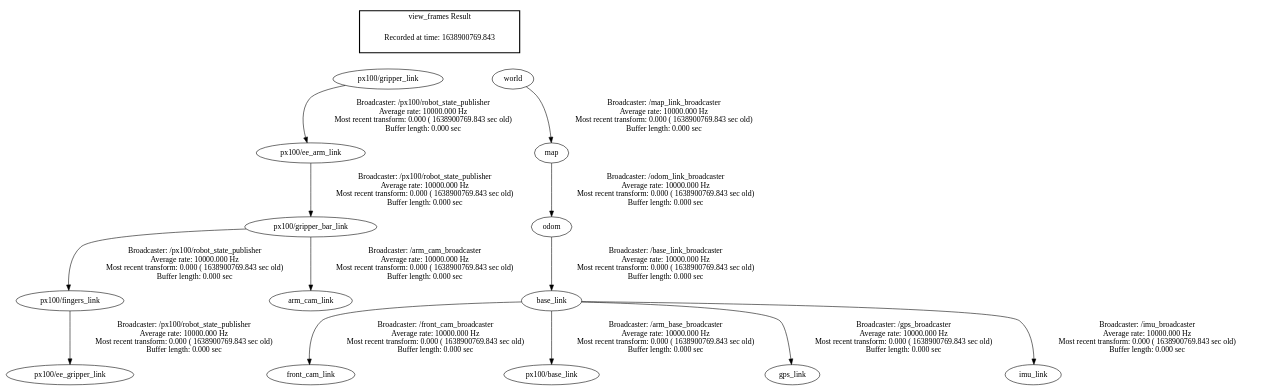
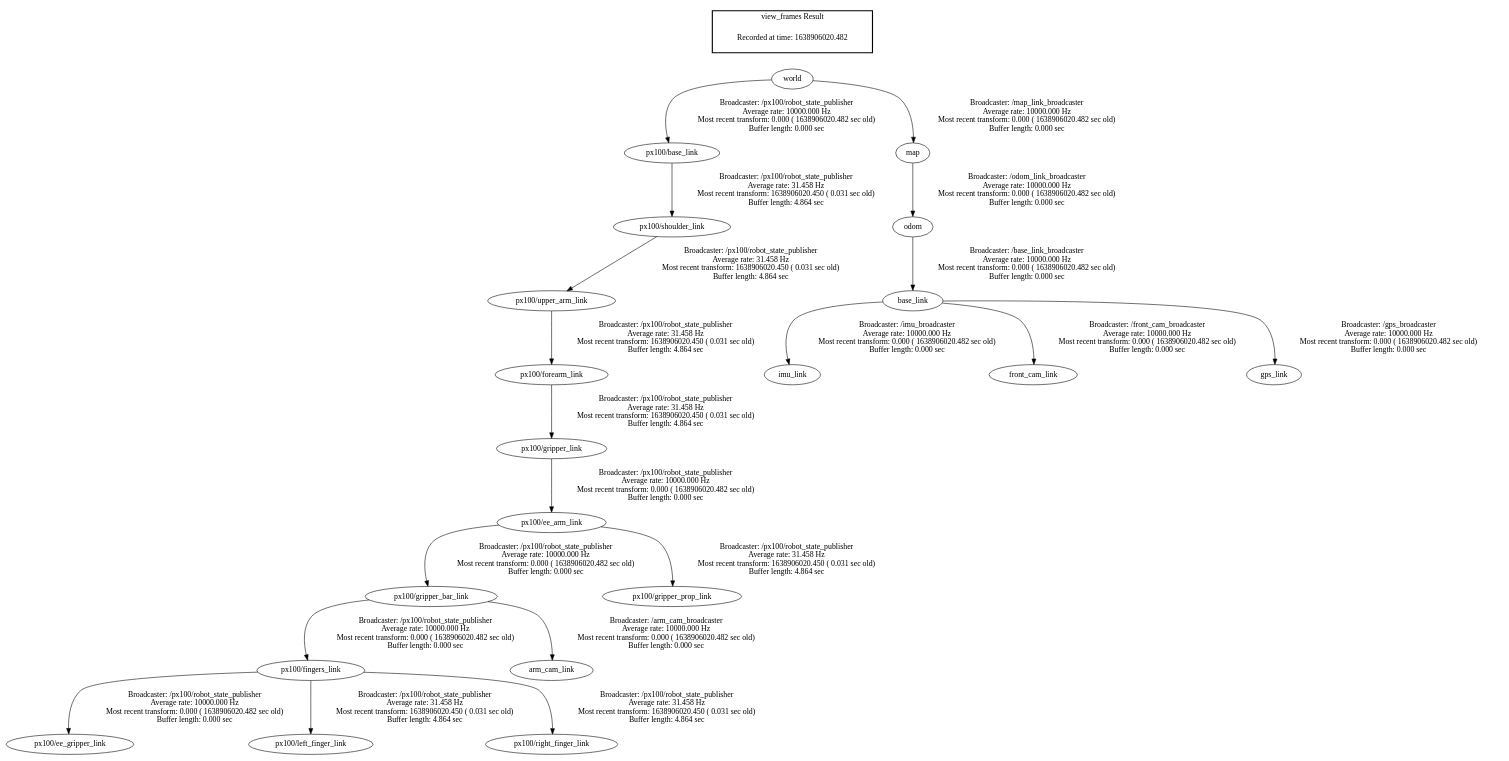
Before and after one commit to REC4N/ros_robot: the diagram in frames.gv, drawn with Graphviz. The commit also changed 43 other files, not shown here.

```diff
--- a/frames.gv
+++ b/frames.gv
@@ -1,22 +1,25 @@
 digraph G {
-"base_link" -> "front_cam_link"[label="Broadcaster: /front_cam_broadcaster\nAverage rate: 10000.000 Hz\nMost recent transform: 0.000 ( 1638900769.843 sec old)\nBuffer length: 0.000 sec\n"];
-"odom" -> "base_link"[label="Broadcaster: /base_link_broadcaster\nAverage rate: 10000.000 Hz\nMost recent transform: 0.000 ( 1638900769.843 sec old)\nBuffer length: 0.000 sec\n"];
-"px100/gripper_link" -> "px100/ee_arm_link"[label="Broadcaster: /px100/robot_state_publisher\nAverage rate: 10000.000 Hz\nMost recent transform: 0.000 ( 1638900769.843 sec old)\nBuffer length: 0.000 sec\n"];
-"px100/gripper_bar_link" -> "px100/fingers_link"[label="Broadcaster: /px100/robot_state_publisher\nAverage rate: 10000.000 Hz\nMost recent transform: 0.000 ( 1638900769.843 sec old)\nBuffer length: 0.000 sec\n"];
-"px100/ee_arm_link" -> "px100/gripper_bar_link"[label="Broadcaster: /px100/robot_state_publisher\nAverage rate: 10000.000 Hz\nMost recent transform: 0.000 ( 1638900769.843 sec old)\nBuffer length: 0.000 sec\n"];
-"px100/fingers_link" -> "px100/ee_gripper_link"[label="Broadcaster: /px100/robot_state_publisher\nAverage rate: 10000.000 Hz\nMost recent transform: 0.000 ( 1638900769.843 sec old)\nBuffer length: 0.000 sec\n"];
-"base_link" -> "px100/base_link"[label="Broadcaster: /arm_base_broadcaster\nAverage rate: 10000.000 Hz\nMost recent transform: 0.000 ( 1638900769.843 sec old)\nBuffer length: 0.000 sec\n"];
-"base_link" -> "gps_link"[label="Broadcaster: /gps_broadcaster\nAverage rate: 10000.000 Hz\nMost recent transform: 0.000 ( 1638900769.843 sec old)\nBuffer length: 0.000 sec\n"];
-"base_link" -> "imu_link"[label="Broadcaster: /imu_broadcaster\nAverage rate: 10000.000 Hz\nMost recent transform: 0.000 ( 1638900769.843 sec old)\nBuffer length: 0.000 sec\n"];
-"px100/gripper_bar_link" -> "arm_cam_link"[label="Broadcaster: /arm_cam_broadcaster\nAverage rate: 10000.000 Hz\nMost recent transform: 0.000 ( 1638900769.843 sec old)\nBuffer length: 0.000 sec\n"];
-"map" -> "odom"[label="Broadcaster: /odom_link_broadcaster\nAverage rate: 10000.000 Hz\nMost recent transform: 0.000 ( 1638900769.843 sec old)\nBuffer length: 0.000 sec\n"];
-"world" -> "map"[label="Broadcaster: /map_link_broadcaster\nAverage rate: 10000.000 Hz\nMost recent transform: 0.000 ( 1638900769.843 sec old)\nBuffer length: 0.000 sec\n"];
+"world" -> "px100/base_link"[label="Broadcaster: /px100/robot_state_publisher\nAverage rate: 10000.000 Hz\nMost recent transform: 0.000 ( 1638906020.482 sec old)\nBuffer length: 0.000 sec\n"];
+"odom" -> "base_link"[label="Broadcaster: /base_link_broadcaster\nAverage rate: 10000.000 Hz\nMost recent transform: 0.000 ( 1638906020.482 sec old)\nBuffer length: 0.000 sec\n"];
+"base_link" -> "imu_link"[label="Broadcaster: /imu_broadcaster\nAverage rate: 10000.000 Hz\nMost recent transform: 0.000 ( 1638906020.482 sec old)\nBuffer length: 0.000 sec\n"];
+"base_link" -> "front_cam_link"[label="Broadcaster: /front_cam_broadcaster\nAverage rate: 10000.000 Hz\nMost recent transform: 0.000 ( 1638906020.482 sec old)\nBuffer length: 0.000 sec\n"];
+"px100/gripper_link" -> "px100/ee_arm_link"[label="Broadcaster: /px100/robot_state_publisher\nAverage rate: 10000.000 Hz\nMost recent transform: 0.000 ( 1638906020.482 sec old)\nBuffer length: 0.000 sec\n"];
+"px100/forearm_link" -> "px100/gripper_link"[label="Broadcaster: /px100/robot_state_publisher\nAverage rate: 31.458 Hz\nMost recent transform: 1638906020.450 ( 0.031 sec old)\nBuffer length: 4.864 sec\n"];
+"px100/gripper_bar_link" -> "px100/fingers_link"[label="Broadcaster: /px100/robot_state_publisher\nAverage rate: 10000.000 Hz\nMost recent transform: 0.000 ( 1638906020.482 sec old)\nBuffer length: 0.000 sec\n"];
+"px100/ee_arm_link" -> "px100/gripper_bar_link"[label="Broadcaster: /px100/robot_state_publisher\nAverage rate: 10000.000 Hz\nMost recent transform: 0.000 ( 1638906020.482 sec old)\nBuffer length: 0.000 sec\n"];
+"px100/fingers_link" -> "px100/ee_gripper_link"[label="Broadcaster: /px100/robot_state_publisher\nAverage rate: 10000.000 Hz\nMost recent transform: 0.000 ( 1638906020.482 sec old)\nBuffer length: 0.000 sec\n"];
+"px100/gripper_bar_link" -> "arm_cam_link"[label="Broadcaster: /arm_cam_broadcaster\nAverage rate: 10000.000 Hz\nMost recent transform: 0.000 ( 1638906020.482 sec old)\nBuffer length: 0.000 sec\n"];
+"base_link" -> "gps_link"[label="Broadcaster: /gps_broadcaster\nAverage rate: 10000.000 Hz\nMost recent transform: 0.000 ( 1638906020.482 sec old)\nBuffer length: 0.000 sec\n"];
+"world" -> "map"[label="Broadcaster: /map_link_broadcaster\nAverage rate: 10000.000 Hz\nMost recent transform: 0.000 ( 1638906020.482 sec old)\nBuffer length: 0.000 sec\n"];
+"map" -> "odom"[label="Broadcaster: /odom_link_broadcaster\nAverage rate: 10000.000 Hz\nMost recent transform: 0.000 ( 1638906020.482 sec old)\nBuffer length: 0.000 sec\n"];
+"px100/upper_arm_link" -> "px100/forearm_link"[label="Broadcaster: /px100/robot_state_publisher\nAverage rate: 31.458 Hz\nMost recent transform: 1638906020.450 ( 0.031 sec old)\nBuffer length: 4.864 sec\n"];
+"px100/shoulder_link" -> "px100/upper_arm_link"[label="Broadcaster: /px100/robot_state_publisher\nAverage rate: 31.458 Hz\nMost recent transform: 1638906020.450 ( 0.031 sec old)\nBuffer length: 4.864 sec\n"];
+"px100/ee_arm_link" -> "px100/gripper_prop_link"[label="Broadcaster: /px100/robot_state_publisher\nAverage rate: 31.458 Hz\nMost recent transform: 1638906020.450 ( 0.031 sec old)\nBuffer length: 4.864 sec\n"];
+"px100/fingers_link" -> "px100/left_finger_link"[label="Broadcaster: /px100/robot_state_publisher\nAverage rate: 31.458 Hz\nMost recent transform: 1638906020.450 ( 0.031 sec old)\nBuffer length: 4.864 sec\n"];
+"px100/fingers_link" -> "px100/right_finger_link"[label="Broadcaster: /px100/robot_state_publisher\nAverage rate: 31.458 Hz\nMost recent transform: 1638906020.450 ( 0.031 sec old)\nBuffer length: 4.864 sec\n"];
+"px100/base_link" -> "px100/shoulder_link"[label="Broadcaster: /px100/robot_state_publisher\nAverage rate: 31.458 Hz\nMost recent transform: 1638906020.450 ( 0.031 sec old)\nBuffer length: 4.864 sec\n"];
 edge [style=invis];
  subgraph cluster_legend { style=bold; color=black; label ="view_frames Result";
-"Recorded at time: 1638900769.843"[ shape=plaintext ] ;
- }->"px100/gripper_link";
-edge [style=invis];
- subgraph cluster_legend { style=bold; color=black; label ="view_frames Result";
-"Recorded at time: 1638900769.843"[ shape=plaintext ] ;
+"Recorded at time: 1638906020.482"[ shape=plaintext ] ;
  }->"world";
 }
```
